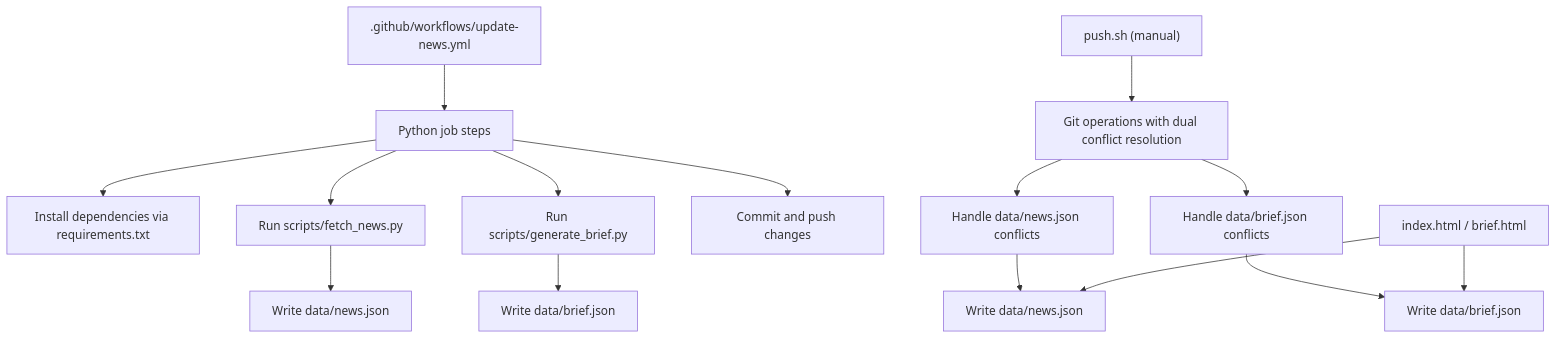
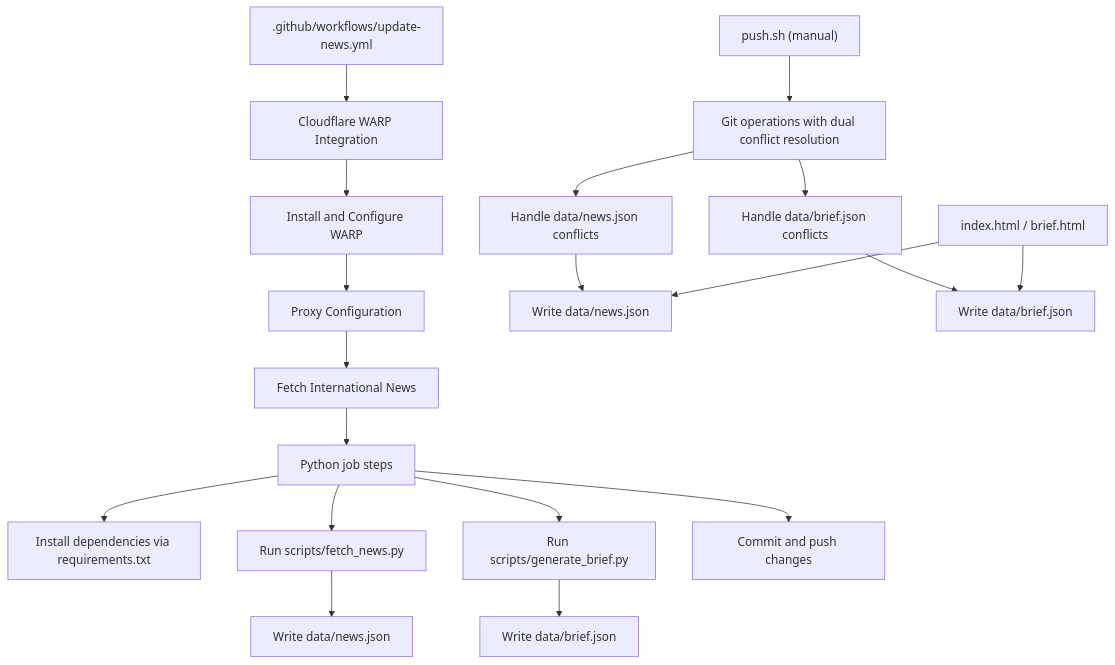
The first of 8 diagrams in .qoder/repowiki/en/content/Deployment & Automation.md (junxie01/daily_news), drawn with Mermaid before and after one commit. The commit also changed other lines of this file and 4 other files, not shown here.

````diff
--- a/.qoder/repowiki/en/content/Deployment & Automation.md
+++ b/.qoder/repowiki/en/content/Deployment & Automation.md
@@ -53,17 +52,21 @@
 ```mermaid
 graph TB
-A[".github/workflows/update-news.yml"] --> B["Python job steps"]
-B --> C["Install dependencies via requirements.txt"]
-B --> D["Run scripts/fetch_news.py"]
-D --> E["Write data/news.json"]
-B --> F["Run scripts/generate_brief.py"]
-F --> G["Write data/brief.json"]
-B --> H["Commit and push changes"]
-I["push.sh (manual)"] --> J["Git operations with dual conflict resolution"]
-J --> K["Handle data/news.json conflicts"]
-J --> L["Handle data/brief.json conflicts"]
-K --> M["Write data/news.json"]
-L --> N["Write data/brief.json"]
-O["index.html / brief.html"] --> M
-O --> N
+A[".github/workflows/update-news.yml"] --> B["Cloudflare WARP Integration"]
+B --> C["Install and Configure WARP"]
+C --> D["Proxy Configuration"]
+D --> E["Fetch International News"]
+E --> F["Python job steps"]
+F --> G["Install dependencies via requirements.txt"]
+F --> H["Run scripts/fetch_news.py"]
+H --> I["Write data/news.json"]
+F --> J["Run scripts/generate_brief.py"]
+J --> K["Write data/brief.json"]
+F --> L["Commit and push changes"]
+M["push.sh (manual)"] --> N["Git operations with dual conflict resolution"]
+N --> O["Handle data/news.json conflicts"]
+N --> P["Handle data/brief.json conflicts"]
+O --> Q["Write data/news.json"]
+P --> R["Write data/brief.json"]
+S["index.html / brief.html"] --> Q
+S --> R
 ```
````
